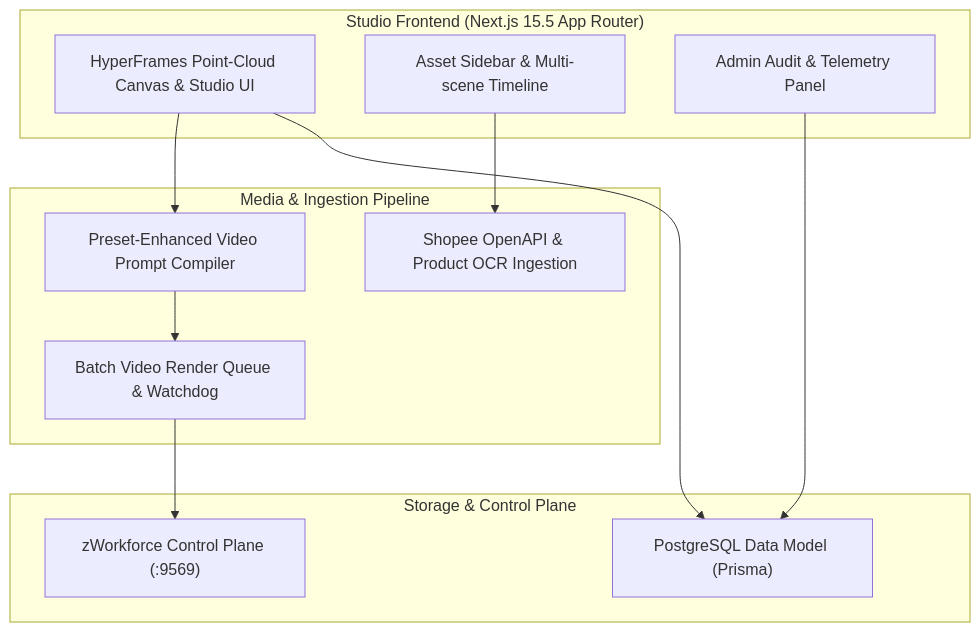
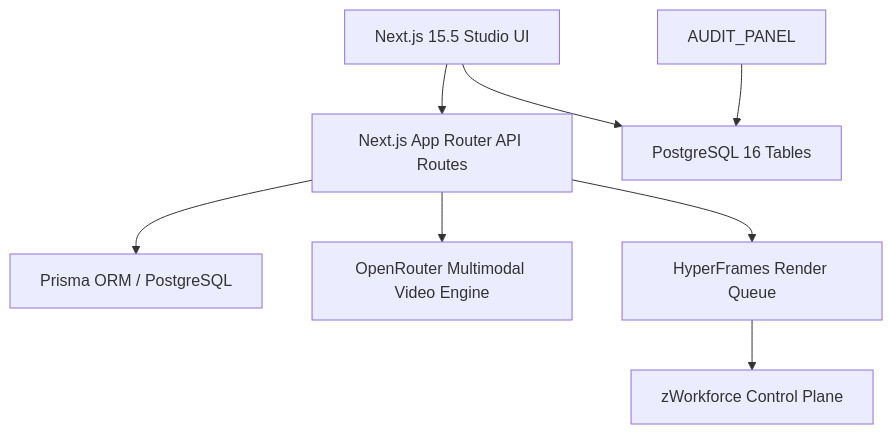
Before and after one commit to cvsz/zWorkforce: the diagram in planning/planning-implementation-zsp-aitool.md, drawn with Mermaid. The commit also changed other lines of this file and 6 other files, not shown here.

First line of the commit message:
feat(zider,zsp): implement Zider context menu & CSP hardening, and ZSP batch export pipeline (#118)

````diff
--- a/planning/planning-implementation-zsp-aitool.md
+++ b/planning/planning-implementation-zsp-aitool.md
@@ -13,26 +5,10 @@
 ```mermaid
 graph TD
-    subgraph "Studio Frontend (Next.js 15.5 App Router)"
-        STUDIO_UI["HyperFrames Point-Cloud Canvas & Studio UI"]
-        SIDEBAR["Asset Sidebar & Multi-scene Timeline"]
-        AUDIT_PANEL["Admin Audit & Telemetry Panel"]
-    end
-
-    subgraph "Media & Ingestion Pipeline"
-        SHOPEE_OCR["Shopee OpenAPI & Product OCR Ingestion"]
-        PROMPT_COMPILER["Preset-Enhanced Video Prompt Compiler"]
-        RENDER_QUEUE["Batch Video Render Queue & Watchdog"]
-    end
-
-    subgraph "Storage & Control Plane"
-        PG_SCHEMA["PostgreSQL Data Model (Prisma)"]
-        CONTROL_PLANE["zWorkforce Control Plane (:9569)"]
-    end
-
-    STUDIO_UI --> PROMPT_COMPILER
-    SIDEBAR --> SHOPEE_OCR
-    PROMPT_COMPILER --> RENDER_QUEUE
-    RENDER_QUEUE --> CONTROL_PLANE
-    STUDIO_UI --> PG_SCHEMA
+    STUDIO_UI[Next.js 15.5 Studio UI] --> API_ROUTES[Next.js App Router API Routes]
+    API_ROUTES --> PRISMA_POSTGRES[Prisma ORM / PostgreSQL]
+    API_ROUTES --> OPENROUTER_BRIDGE[OpenRouter Multimodal Video Engine]
+    API_ROUTES --> RENDER_QUEUE[HyperFrames Render Queue]
+    RENDER_QUEUE --> CONTROL_PLANE[zWorkforce Control Plane]
+    STUDIO_UI --> PG_SCHEMA[PostgreSQL 16 Tables]
     AUDIT_PANEL --> PG_SCHEMA
 ```
````
